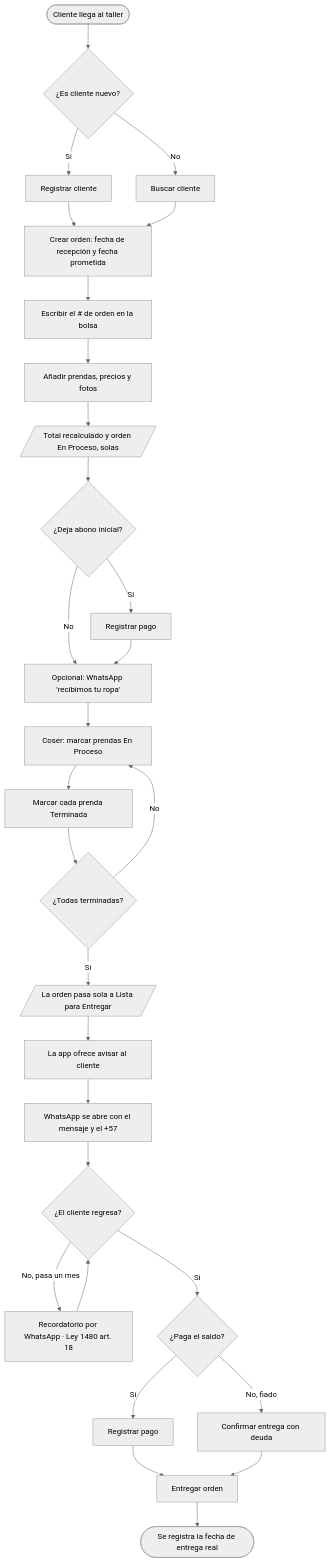
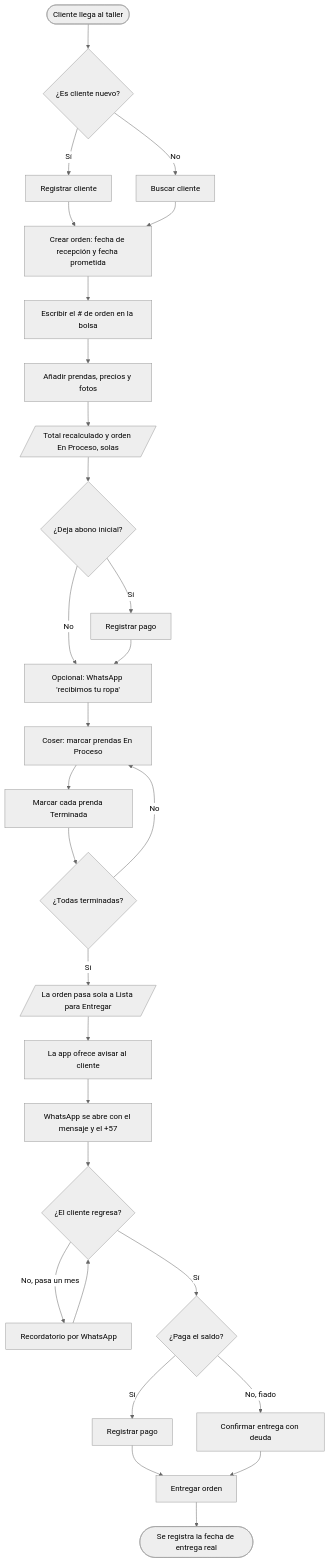
Before and after one commit to Aryannext/Costura-app: the ninth of 16 diagrams in docs/02-diseno/DIAGRAMAS.md, drawn with Mermaid. The commit also changed other lines of this file and 18 other files, not shown here.

````diff
--- a/docs/02-diseno/DIAGRAMAS.md
+++ b/docs/02-diseno/DIAGRAMAS.md
@@ -428,37 +429,37 @@
 ```mermaid
 %%{init: {'theme': 'neutral'}}%%
 flowchart TD
     Inicio([Cliente llega al taller]) --> P1{¿Es cliente nuevo?}
     P1 -- Sí --> P2[Registrar cliente]
     P1 -- No --> P3[Buscar cliente]
 
     P2 --> P4[Crear orden: fecha de recepción y fecha prometida]
     P3 --> P4
 
     P4 --> PB[Escribir el # de orden en la bolsa]
     PB --> P5[Añadir prendas, precios y fotos]
     P5 --> P6[/Total recalculado y orden En Proceso, solas/]
     P6 --> P7{¿Deja abono inicial?}
     P7 -- Sí --> P8[Registrar pago]
     P7 -- No --> P9[Opcional: WhatsApp 'recibimos tu ropa']
     P8 --> P9
 
     P9 --> P10[Coser: marcar prendas En Proceso]
     P10 --> P11[Marcar cada prenda Terminada]
     P11 --> P12{¿Todas terminadas?}
     P12 -- Sí --> P13[/La orden pasa sola a Lista para Entregar/]
     P12 -- No --> P10
 
     P13 --> P14[La app ofrece avisar al cliente]
     P14 --> P15[WhatsApp se abre con el mensaje y el +57]
 
     P15 --> P16{¿El cliente regresa?}
-    P16 -- No, pasa un mes --> P19[Recordatorio por WhatsApp · Ley 1480 art. 18]
+    P16 -- No, pasa un mes --> P19[Recordatorio por WhatsApp]
     P19 --> P16
     P16 -- Sí --> P17{¿Paga el saldo?}
     P17 -- Sí --> P20[Registrar pago]
     P17 -- No, fiado --> P21[Confirmar entrega con deuda]
     P20 --> P18[Entregar orden]
     P21 --> P18
     P18 --> Fin([Se registra la fecha de entrega real])
 ```
````
